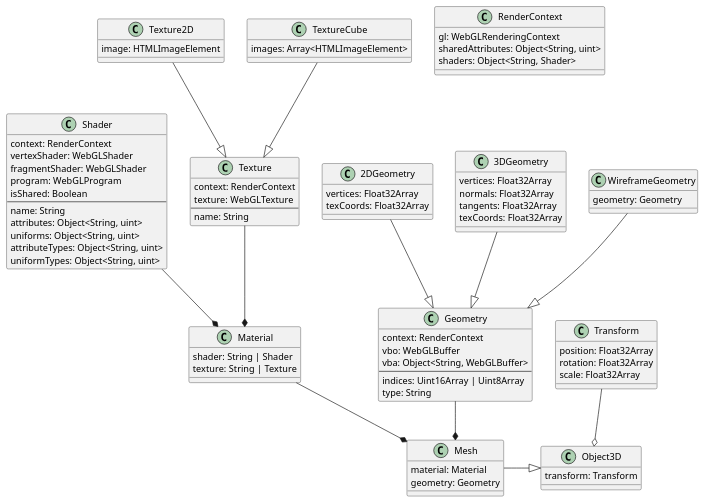
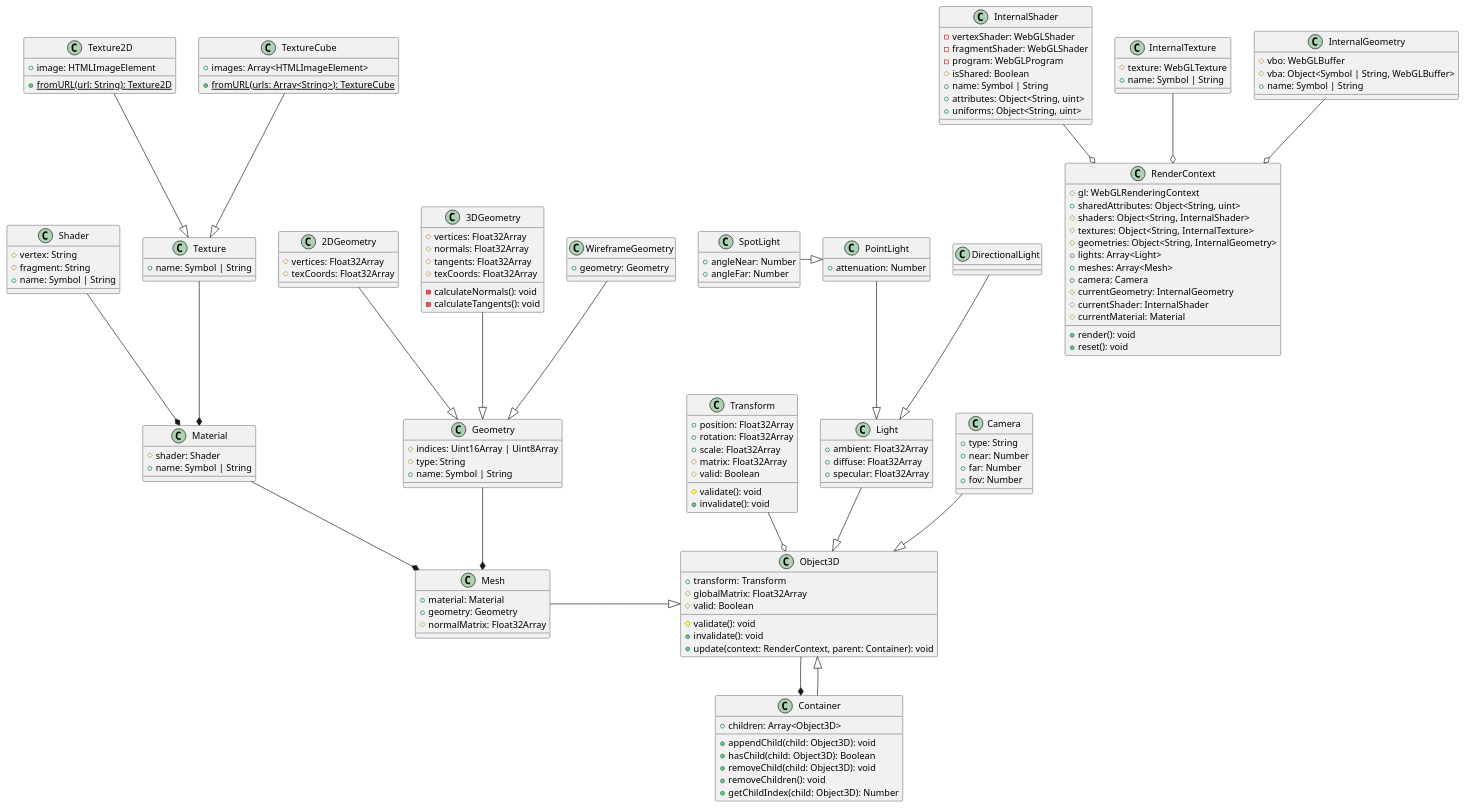
Before and after one commit to yoo2001818/first-person-shooter: the diagram in doc/3dObjects.puml, drawn with PlantUML. The commit also changed 1 other file, not shown here.

Commit message:
Isolate WebGL and external in UML

```diff
--- a/doc/3dObjects.puml
+++ b/doc/3dObjects.puml
@@ -1,100 +1,186 @@
 @startuml
 
 class RenderContext {
-  gl: WebGLRenderingContext
-  sharedAttributes: Object<String, uint>
-  shaders: Object<String, Shader>
+  #gl: WebGLRenderingContext
+  +sharedAttributes: Object<String, uint>
+  #shaders: Object<String, InternalShader>
+  #textures: Object<String, InternalTexture>
+  #geometries: Object<String, InternalGeometry>
+  +lights: Array<Light>
+  +meshes: Array<Mesh>
+  +camera: Camera
+  #currentGeometry: InternalGeometry
+  #currentShader: InternalShader
+  #currentMaterial: Material
+  +render(): void
+  +reset(): void
 }
 
-class Shader {
-  context: RenderContext
-  vertexShader: WebGLShader
-  fragmentShader: WebGLShader
-  program: WebGLProgram
-  isShared: Boolean
-  ---
-  name: String
-  attributes: Object<String, uint>
-  uniforms: Object<String, uint>
-  attributeTypes: Object<String, uint>
-  uniformTypes: Object<String, uint>
+class InternalShader {
+  -vertexShader: WebGLShader
+  -fragmentShader: WebGLShader
+  -program: WebGLProgram
+  #isShared: Boolean
+  +name: Symbol | String
+  +attributes: Object<String, uint>
+  +uniforms: Object<String, uint>
 }
 
+InternalShader --o RenderContext
+
+class Shader {
+  #vertex: String
+  #fragment: String
+  +name: Symbol | String
+}
+
+class InternalTexture {
+  #texture: WebGLTexture
+  +name: Symbol | String
+}
+
+InternalTexture --o RenderContext
+
 class Texture {
-  context: RenderContext
-  texture: WebGLTexture
-  ---
-  name: String
+  +name: Symbol | String
 }
 
 class Texture2D {
-  image: HTMLImageElement
+  +image: HTMLImageElement
+  {static} +fromURL(url: String): Texture2D
 }
 
 class TextureCube {
-  images: Array<HTMLImageElement>
+  +images: Array<HTMLImageElement>
+  {static} +fromURL(urls: Array<String>): TextureCube
 }
 
 Texture2D --|> Texture
 TextureCube --|> Texture
 
 class Material {
-  shader: String | Shader
-  texture: String | Texture
+  #shader: Shader
+  +name: Symbol | String
 }
 
 Shader --* Material
 Texture --* Material
 
+class InternalGeometry {
+  #vbo: WebGLBuffer
+  #vba: Object<Symbol | String, WebGLBuffer>
+  +name: Symbol | String
+}
+
+InternalGeometry --o RenderContext
+
 class Geometry {
-  context: RenderContext
-  vbo: WebGLBuffer
-  vba: Object<String, WebGLBuffer>
-  ---
-  indices: Uint16Array | Uint8Array
-  type: String
+  #indices: Uint16Array | Uint8Array
+  #type: String
+  +name: Symbol | String
 }
 
 class 2DGeometry {
-  vertices: Float32Array
-  texCoords: Float32Array
+  #vertices: Float32Array
+  #texCoords: Float32Array
 }
 
 class 3DGeometry {
-  vertices: Float32Array
-  normals: Float32Array
-  tangents: Float32Array
-  texCoords: Float32Array
+  #vertices: Float32Array
+  #normals: Float32Array
+  #tangents: Float32Array
+  #texCoords: Float32Array
+  -calculateNormals(): void
+  -calculateTangents(): void
 }
 
 2DGeometry --|> Geometry
 3DGeometry --|> Geometry
 
 class WireframeGeometry {
-  geometry: Geometry
+  +geometry: Geometry
 }
 
 WireframeGeometry --|> Geometry
 
 class Transform {
-  position: Float32Array
-  rotation: Float32Array
-  scale: Float32Array
+  +position: Float32Array
+  +rotation: Float32Array
+  +scale: Float32Array
+  #matrix: Float32Array
+  #valid: Boolean
+  #validate(): void
+  +invalidate(): void
 }
 
 class Object3D {
-  transform: Transform
+  +transform: Transform
+  #globalMatrix: Float32Array
+  #valid: Boolean
+  #validate(): void
+  +invalidate(): void
+  +update(context: RenderContext, parent: Container): void
 }
 
 Transform --o Object3D
 
 class Mesh {
-  material: Material
-  geometry: Geometry
+  +material: Material
+  +geometry: Geometry
+  #normalMatrix: Float32Array
 }
 
 Mesh -|> Object3D
+
+class Light {
+  +ambient: Float32Array
+  +diffuse: Float32Array
+  +specular: Float32Array
+}
+
+Light --|> Object3D
+
+class PointLight {
+  +attenuation: Number
+}
+
+PointLight --|> Light
+
+class SpotLight {
+  +angleNear: Number
+  +angleFar: Number
+}
+
+SpotLight -|> PointLight
+
+class DirectionalLight {
+
+}
+
+DirectionalLight --|> Light
+
+class Camera {
+  +type: String
+  +near: Number
+  +far: Number
+  +fov: Number
+}
+
+Camera --|> Object3D
+
+class Container {
+  +children: Array<Object3D>
+  +appendChild(child: Object3D): void
+  +hasChild(child: Object3D): Boolean
+  +removeChild(child: Object3D): void
+  +removeChildren(): void
+  +getChildIndex(child: Object3D): Number
+}
+
+Object3D --* Container
+Container --|> Object3D
+
 Geometry --* Mesh
 Material --* Mesh
 
 @enduml
```
